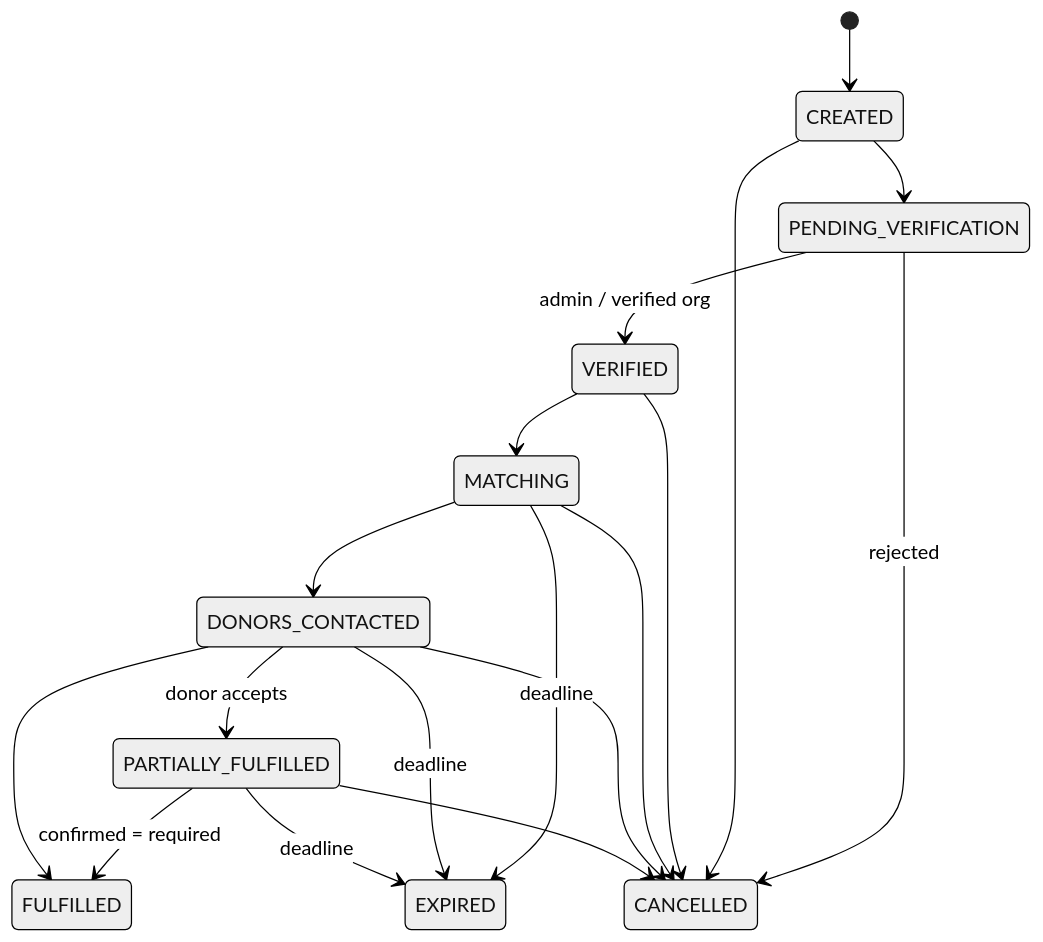
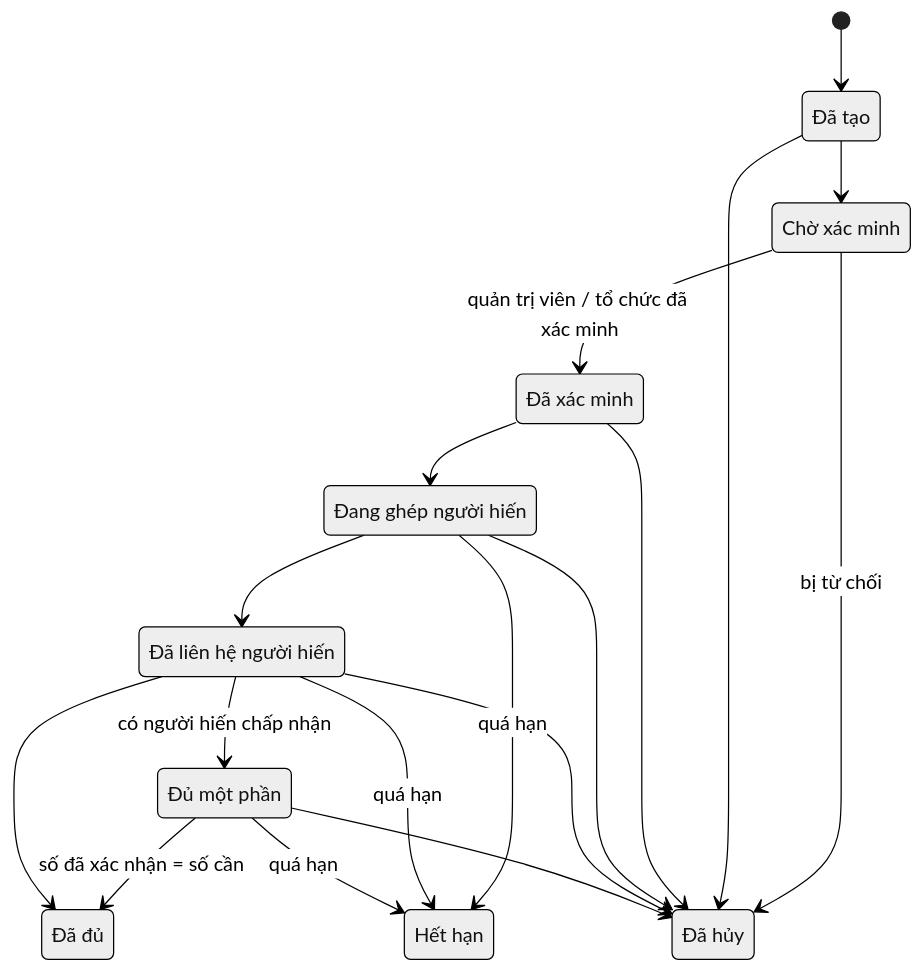
One commit to nhungoc260/lifely_demo changed the third of 9 diagrams in docs/ARCHITECTURE.md. Above: the diagram before and after it, drawn with Mermaid (neutral theme). The commit also changed other lines of this file, not shown here.

First line of the commit message:
Revise architecture and ERD sections with translations

````diff
--- a/docs/ARCHITECTURE.md
+++ b/docs/ARCHITECTURE.md
@@ -54,20 +54,30 @@
 ```mermaid
 stateDiagram-v2
+  state "Đã tạo" as CREATED
+  state "Chờ xác minh" as PENDING_VERIFICATION
+  state "Đã xác minh" as VERIFIED
+  state "Đang ghép người hiến" as MATCHING
+  state "Đã liên hệ người hiến" as DONORS_CONTACTED
+  state "Đủ một phần" as PARTIALLY_FULFILLED
+  state "Đã đủ" as FULFILLED
+  state "Hết hạn" as EXPIRED
+  state "Đã hủy" as CANCELLED
+
   [*] --> CREATED
   CREATED --> PENDING_VERIFICATION
-  PENDING_VERIFICATION --> VERIFIED: admin / verified org
-  PENDING_VERIFICATION --> CANCELLED: rejected
+  PENDING_VERIFICATION --> VERIFIED: quản trị viên / tổ chức đã xác minh
+  PENDING_VERIFICATION --> CANCELLED: bị từ chối
   VERIFIED --> MATCHING
   MATCHING --> DONORS_CONTACTED
-  DONORS_CONTACTED --> PARTIALLY_FULFILLED: donor accepts
-  PARTIALLY_FULFILLED --> FULFILLED: confirmed = required
+  DONORS_CONTACTED --> PARTIALLY_FULFILLED: có người hiến chấp nhận
+  PARTIALLY_FULFILLED --> FULFILLED: số đã xác nhận = số cần
   DONORS_CONTACTED --> FULFILLED
-  MATCHING --> EXPIRED: deadline
-  DONORS_CONTACTED --> EXPIRED: deadline
-  PARTIALLY_FULFILLED --> EXPIRED: deadline
+  MATCHING --> EXPIRED: quá hạn
+  DONORS_CONTACTED --> EXPIRED: quá hạn
+  PARTIALLY_FULFILLED --> EXPIRED: quá hạn
   CREATED --> CANCELLED
   VERIFIED --> CANCELLED
   MATCHING --> CANCELLED
   DONORS_CONTACTED --> CANCELLED
   PARTIALLY_FULFILLED --> CANCELLED
 ```
````
